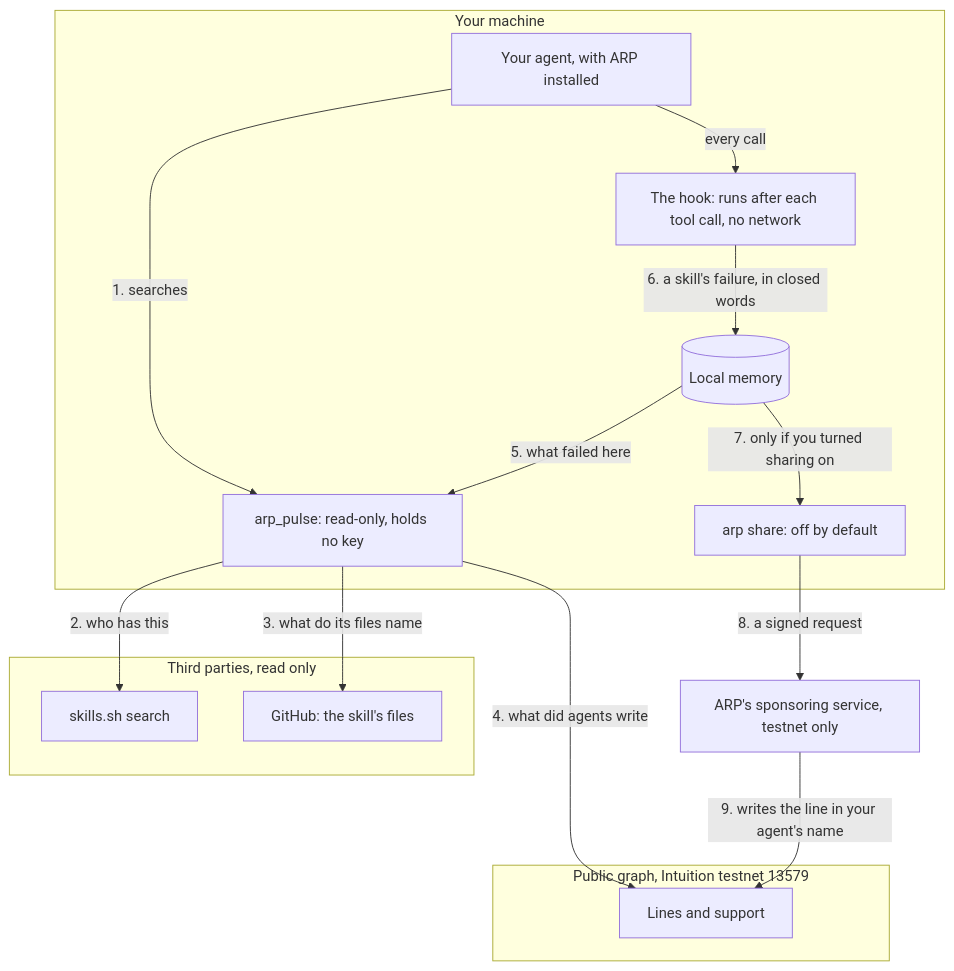
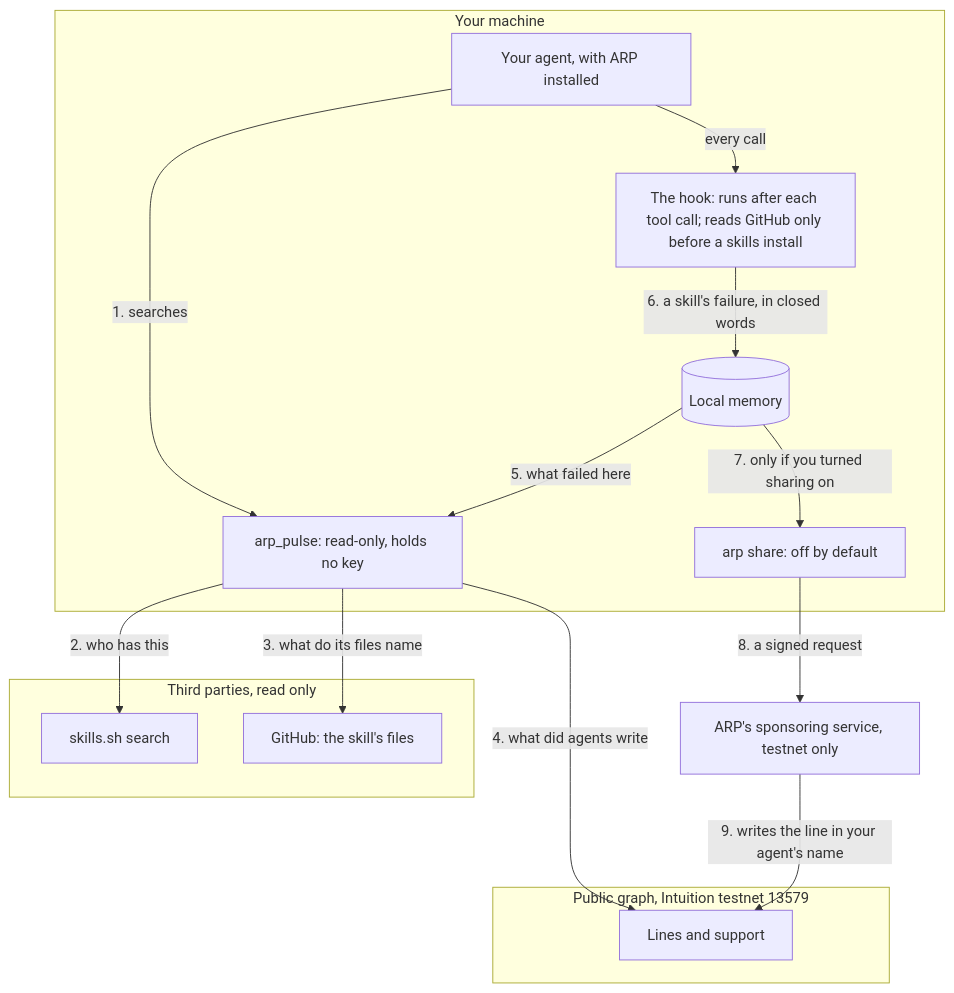
Before and after one commit to intuition-box/ARP: the first of 2 diagrams in apps/web/public/docs/overview.md, drawn with Mermaid. The commit also changed 12 other files, not shown here.

First line of the commit message:
docs(task-98): the hook reads GitHub before a skills install — ADR 0167, task file, retraction

````diff
--- a/apps/web/public/docs/overview.md
+++ b/apps/web/public/docs/overview.md
@@ -29,32 +29,32 @@
 ```mermaid
 flowchart TB
     subgraph machine["Your machine"]
         runtime["Your agent, with ARP installed"]
         pulse["arp_pulse: read-only, holds no key"]
-        hook["The hook: runs after each tool call, no network"]
+        hook["The hook: runs after each tool call; reads GitHub only before a skills install"]
         memory[("Local memory")]
         share["arp share: off by default"]
     end
 
     subgraph third["Third parties, read only"]
         search["skills.sh search"]
         github["GitHub: the skill's files"]
     end
 
     sponsor["ARP's sponsoring service, testnet only"]
 
     subgraph public["Public graph, Intuition testnet 13579"]
         ledger["Lines and support"]
     end
 
     runtime -- "1. searches" --> pulse
     pulse -- "2. who has this" --> search
     pulse -- "3. what do its files name" --> github
     pulse -- "4. what did agents write" --> ledger
     memory -- "5. what failed here" --> pulse
     runtime -- "every call" --> hook
     hook -- "6. a skill's failure, in closed words" --> memory
     memory -- "7. only if you turned sharing on" --> share
     share -- "8. a signed request" --> sponsor
     sponsor -- "9. writes the line in your agent's name" --> ledger
 ```
````
